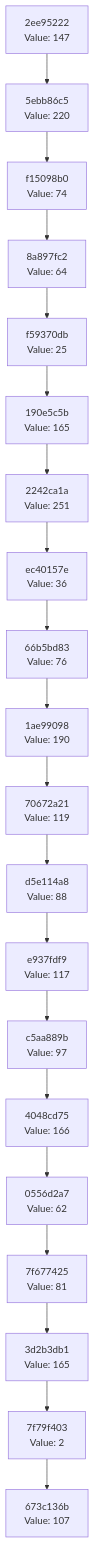
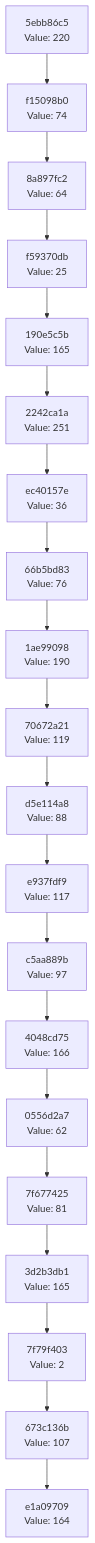
Before and after one commit to Abhisheksinha1506/hash-chain-evolver: the diagram in docs/CHAIN_VISUALIZATION.md, drawn with Mermaid. The commit also changed 3 other files, not shown here.

````diff
--- a/docs/CHAIN_VISUALIZATION.md
+++ b/docs/CHAIN_VISUALIZATION.md
@@ -3,42 +3,42 @@
 ```mermaid
 graph TD
-    C0["673c136b<br/>Value: 107"]
-    C1["7f79f403<br/>Value: 2"]
+    C0["e1a09709<br/>Value: 164"]
+    C1["673c136b<br/>Value: 107"]
     C1 --> C0
-    C2["3d2b3db1<br/>Value: 165"]
+    C2["7f79f403<br/>Value: 2"]
     C2 --> C1
-    C3["7f677425<br/>Value: 81"]
+    C3["3d2b3db1<br/>Value: 165"]
     C3 --> C2
-    C4["0556d2a7<br/>Value: 62"]
+    C4["7f677425<br/>Value: 81"]
     C4 --> C3
-    C5["4048cd75<br/>Value: 166"]
+    C5["0556d2a7<br/>Value: 62"]
     C5 --> C4
-    C6["c5aa889b<br/>Value: 97"]
+    C6["4048cd75<br/>Value: 166"]
     C6 --> C5
-    C7["e937fdf9<br/>Value: 117"]
+    C7["c5aa889b<br/>Value: 97"]
     C7 --> C6
-    C8["d5e114a8<br/>Value: 88"]
+    C8["e937fdf9<br/>Value: 117"]
     C8 --> C7
-    C9["70672a21<br/>Value: 119"]
+    C9["d5e114a8<br/>Value: 88"]
     C9 --> C8
-    C10["1ae99098<br/>Value: 190"]
+    C10["70672a21<br/>Value: 119"]
     C10 --> C9
-    C11["66b5bd83<br/>Value: 76"]
+    C11["1ae99098<br/>Value: 190"]
     C11 --> C10
-    C12["ec40157e<br/>Value: 36"]
+    C12["66b5bd83<br/>Value: 76"]
     C12 --> C11
-    C13["2242ca1a<br/>Value: 251"]
+    C13["ec40157e<br/>Value: 36"]
     C13 --> C12
-    C14["190e5c5b<br/>Value: 165"]
+    C14["2242ca1a<br/>Value: 251"]
     C14 --> C13
-    C15["f59370db<br/>Value: 25"]
+    C15["190e5c5b<br/>Value: 165"]
     C15 --> C14
-    C16["8a897fc2<br/>Value: 64"]
+    C16["f59370db<br/>Value: 25"]
     C16 --> C15
-    C17["f15098b0<br/>Value: 74"]
+    C17["8a897fc2<br/>Value: 64"]
     C17 --> C16
-    C18["5ebb86c5<br/>Value: 220"]
+    C18["f15098b0<br/>Value: 74"]
     C18 --> C17
-    C19["2ee95222<br/>Value: 147"]
+    C19["5ebb86c5<br/>Value: 220"]
     C19 --> C18
 ```
````
